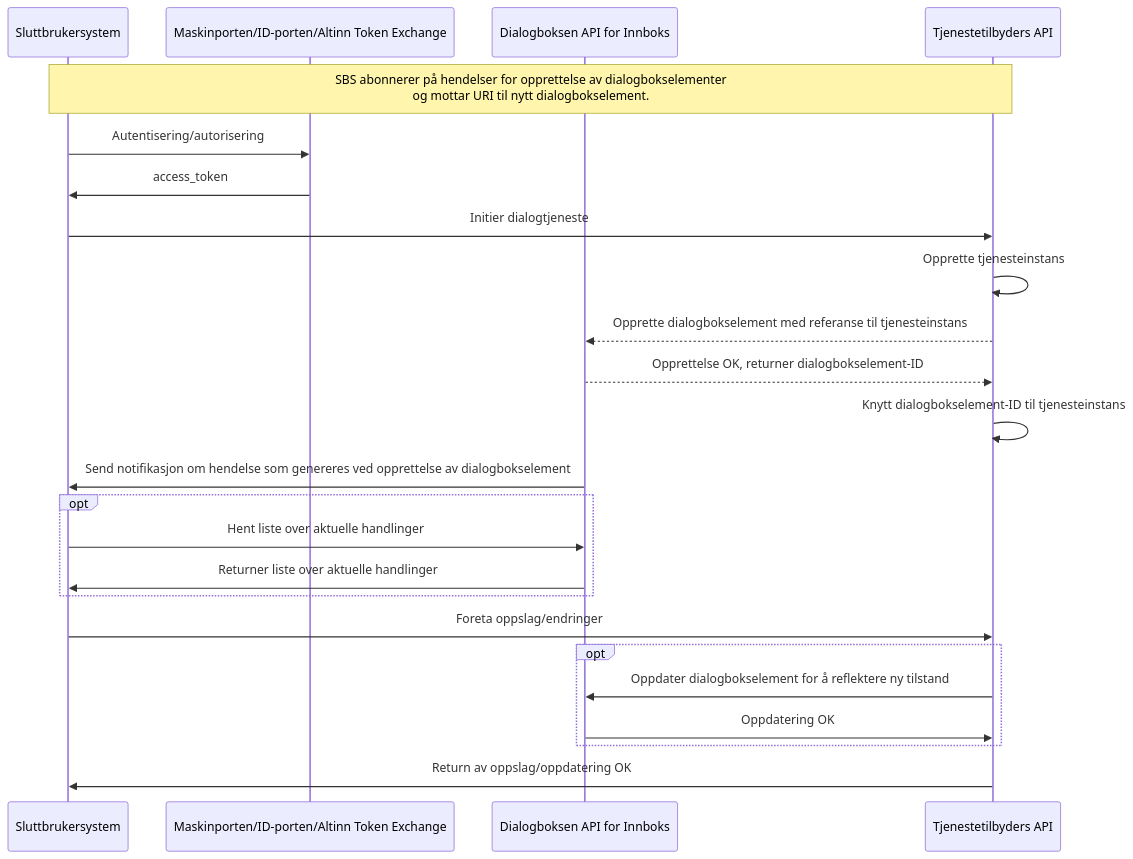
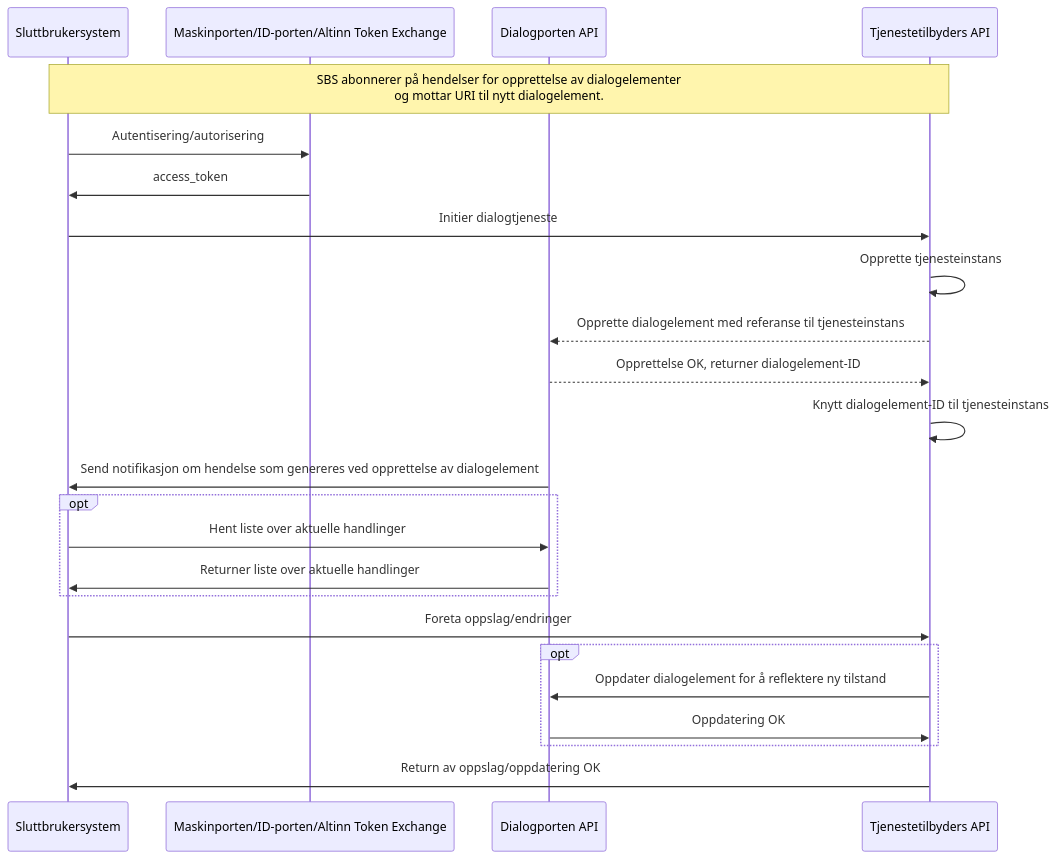
One commit to elsand/elsand.github.io changed the sixth of 6 diagrams in dialogporten.md. Above: the diagram before and after it, drawn with Mermaid. The commit also changed other lines of this file and 1 other file, not shown here.

````diff
--- a/dialogporten.md
+++ b/dialogporten.md
@@ -419,26 +421,26 @@
 ```mermaid!
 sequenceDiagram
     participant SBS as Sluttbrukersystem
     participant EID as Maskinporten/ID-porten/Altinn Token Exchange
-    participant API as Dialogboksen API for Innboks
+    participant API as Dialogporten API
     participant TEAPI as Tjenestetilbyders API
-note over SBS,TEAPI: SBS abonnerer på hendelser for opprettelse av dialogbokselementer<br>og mottar URI til nytt dialogbokselement.    
+note over SBS,TEAPI: SBS abonnerer på hendelser for opprettelse av dialogelementer<br>og mottar URI til nytt dialogelement.    
 SBS->>EID: Autentisering/autorisering
 EID->>SBS: access_token
 SBS->>TEAPI: Initier dialogtjeneste
 TEAPI->>TEAPI: Opprette tjenesteinstans
-TEAPI-->>API: Opprette dialogbokselement med referanse til tjenesteinstans
-API-->>TEAPI: Opprettelse OK, returner dialogbokselement-ID
-TEAPI->>TEAPI: Knytt dialogbokselement-ID til tjenesteinstans
-API->>SBS: Send notifikasjon om hendelse som genereres ved opprettelse av dialogbokselement
+TEAPI-->>API: Opprette dialogelement med referanse til tjenesteinstans
+API-->>TEAPI: Opprettelse OK, returner dialogelement-ID
+TEAPI->>TEAPI: Knytt dialogelement-ID til tjenesteinstans
+API->>SBS: Send notifikasjon om hendelse som genereres ved opprettelse av dialogelement
 opt
     SBS->>API: Hent liste over aktuelle handlinger
     API->>SBS: Returner liste over aktuelle handlinger
 end
 SBS->>TEAPI: Foreta oppslag/endringer
 opt
-    TEAPI->>API: Oppdater dialogbokselement for å reflektere ny tilstand
+    TEAPI->>API: Oppdater dialogelement for å reflektere ny tilstand
     API->>TEAPI: Oppdatering OK
 end
 TEAPI->>SBS: Return av oppslag/oppdatering OK
 ```
````
